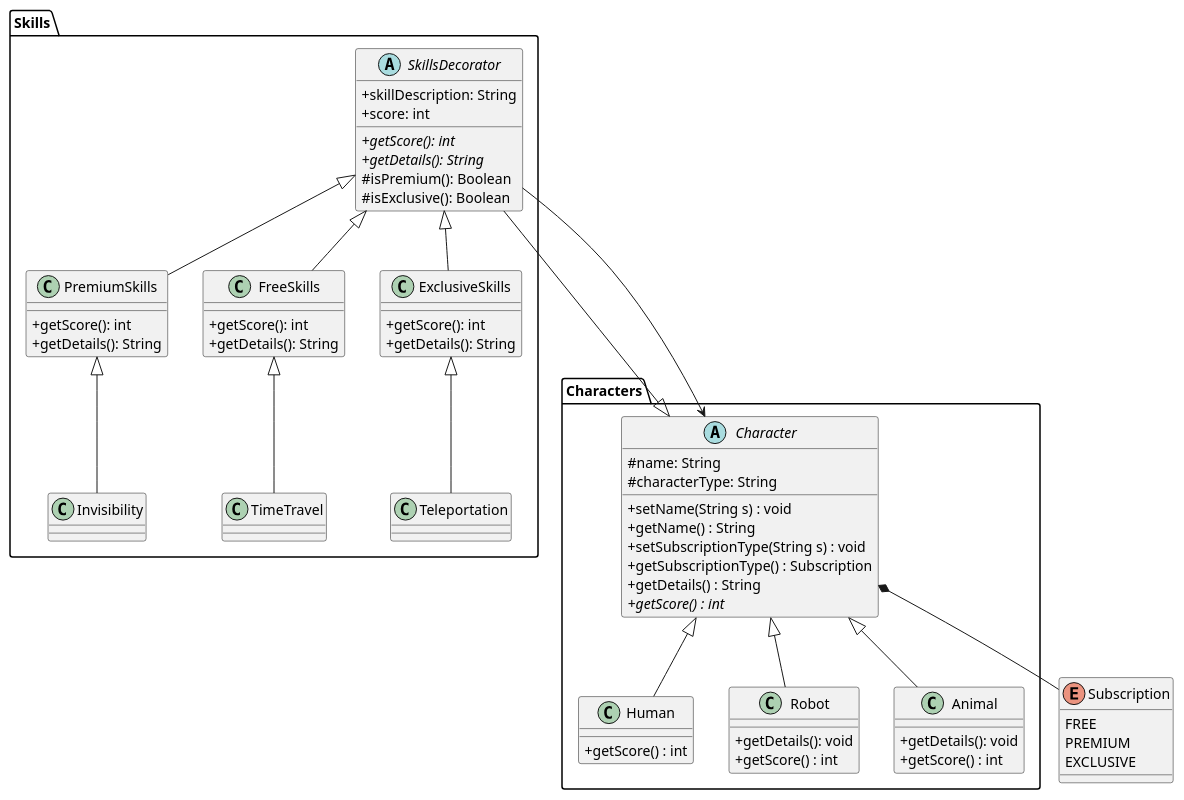
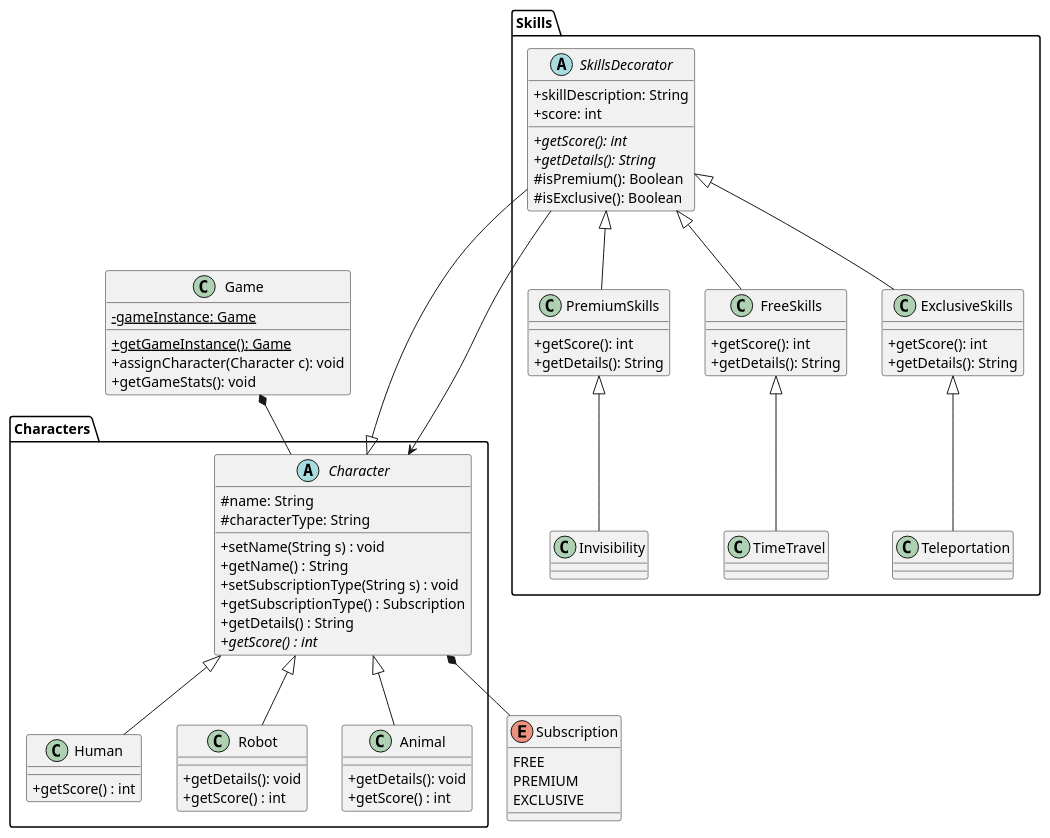
Before and after one commit to StephCol/DesignPatterns: the diagram in Patterns/src/Decorator/ClassDiagram.puml, drawn with PlantUML.

Commit message:
Version 3 - Class Diagram updated

```diff
--- a/Patterns/src/Decorator/ClassDiagram.puml
+++ b/Patterns/src/Decorator/ClassDiagram.puml
@@ -1,82 +1,92 @@
 @startuml
 skinParam classAttributeIconSize 0
+
+class Game{
+{static} -gameInstance: Game
+{static} +getGameInstance(): Game
++assignCharacter(Character c): void
++getGameStats(): void
+
+}
+
+Game *-- Characters.Character
 
 abstract class Characters.Character{
     #name: String
     #characterType: String
 
     +setName(String s) : void
     +getName() : String
     +setSubscriptionType(String s) : void
     +getSubscriptionType() : Subscription
     +getDetails() : String
     {abstract} +getScore() : int
 }
 
 
 abstract class Skills.SkillsDecorator{
     +skillDescription: String
     +score: int
 
     +{abstract} getScore(): int
     +{abstract} getDetails(): String
     #isPremium(): Boolean
     #isExclusive(): Boolean
 }
 
 class Skills.PremiumSkills{
     + getScore(): int
     +getDetails(): String
 }
 
 class Skills.FreeSkills{
     + getScore(): int
     +getDetails(): String
 }
 
 class Skills.ExclusiveSkills{
     + getScore(): int
     +getDetails(): String
 }
 
 Characters.Character <|-- Skills.SkillsDecorator
 Skills.SkillsDecorator ---> Characters.Character
 
 class Characters.Human{
     + getScore() : int
 }
 
 class Characters.Robot{
     + getDetails(): void
     + getScore() : int
 }
 
 class Characters.Animal{
     + getDetails(): void
     + getScore() : int
 }
 
 enum Subscription{
 FREE
 PREMIUM
 EXCLUSIVE
 }
 
 Characters.Character *-- Subscription
 
 
 Characters.Character <|-- Characters.Human
 Characters.Character <|-- Characters.Robot
 Characters.Character <|-- Characters.Animal
 
 Skills.SkillsDecorator <|-- Skills.PremiumSkills
 Skills.SkillsDecorator <|-- Skills.ExclusiveSkills
 Skills.SkillsDecorator <|-- Skills.FreeSkills
 
 Skills.ExclusiveSkills <|-- Skills.Teleportation
 Skills.FreeSkills <|-- Skills.TimeTravel
 Skills.PremiumSkills <|-- Skills.Invisibility
 
 
 
 @enduml
```
